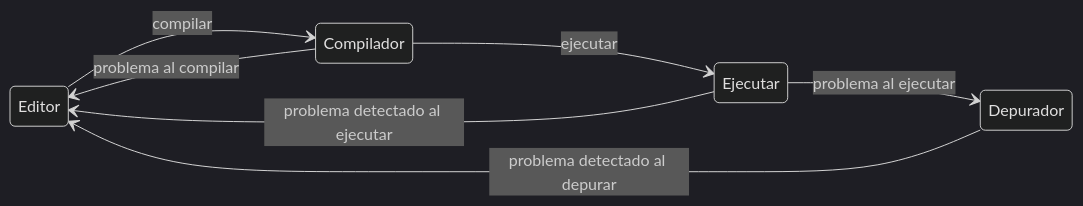
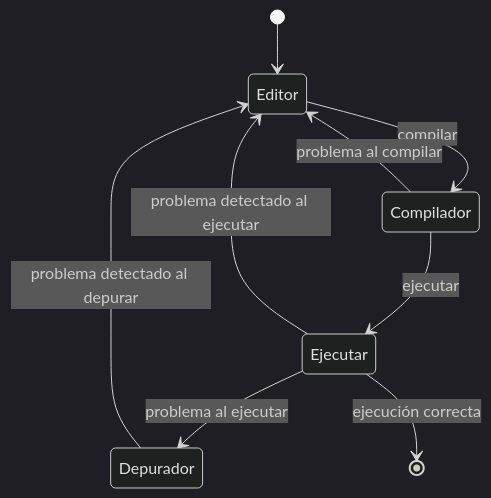
The second of 3 diagrams in lab-c.md (acaldero/uc3m_c), drawn with Mermaid (dark theme) before and after one commit. The commit also changed other lines of this file and 1 other file, not shown here.

````diff
--- a/lab-c.md
+++ b/lab-c.md
@@ -78,15 +99,17 @@
   ```mermaid
     stateDiagram-v2
-    direction LR
+    direction TB
     state "Editor"       as s_edit
     state "Compilador"   as s_cc
     state "Ejecutar"     as s_exe
     state "Depurador"    as s_dbg
 
+    [*]       --> s_edit
     s_edit    --> s_cc:     compilar
     s_cc      --> s_edit:   problema al compilar
     s_cc      --> s_exe:    ejecutar
     s_exe     --> s_edit:   problema detectado al ejecutar
     s_exe     --> s_dbg:    problema al ejecutar
     s_dbg     --> s_edit:   problema detectado al depurar
+    s_exe     --> [*]:      ejecución correcta
   ``` 
````
